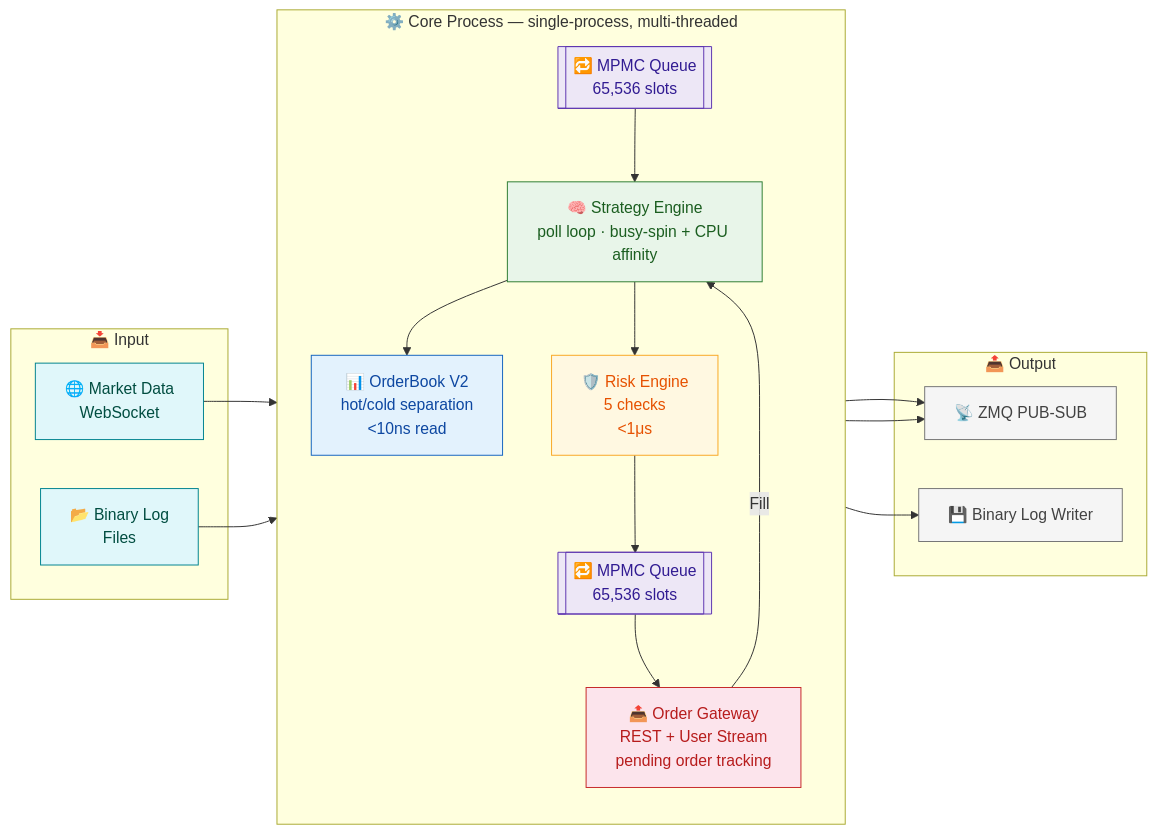
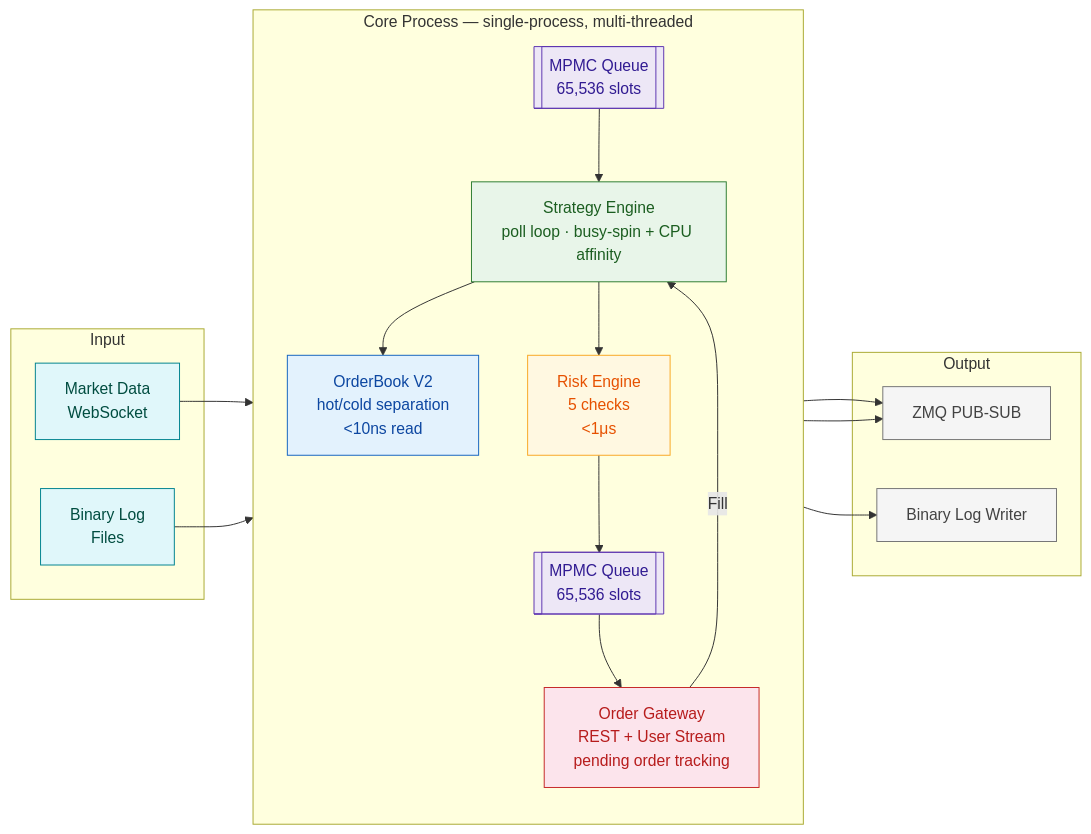
The first of 2 diagrams in README.md (leafxuzm/trading_engine), drawn with Mermaid before and after one commit. The commit also changed other lines of this file, not shown here.

Commit message:
README: remove emoji icons from diagrams, fix Project Family visibility labels

````diff
--- a/README.md
+++ b/README.md
@@ -34,50 +34,50 @@
 ```mermaid
 flowchart LR
     classDef input fill:#e0f7fa,stroke:#00838f,color:#004d40
     classDef queue fill:#ede7f6,stroke:#5e35b1,color:#311b92
     classDef engine fill:#e8f5e9,stroke:#2e7d32,color:#1b5e20
     classDef book fill:#e3f2fd,stroke:#1565c0,color:#0d47a1
     classDef risk fill:#fff8e1,stroke:#f9a825,color:#e65100
     classDef gateway fill:#fce4ec,stroke:#c62828,color:#b71c1c
     classDef output fill:#f5f5f5,stroke:#757575,color:#424242
 
-    subgraph Input["📥 Input"]
-        MD[🌐 Market Data<br/>WebSocket]
-        LOG[📂 Binary Log<br/>Files]
+    subgraph Input["Input"]
+        MD[Market Data<br/>WebSocket]
+        LOG[Binary Log<br/>Files]
     end
 
-    subgraph Core["⚙️ Core Process — single-process, multi-threaded"]
+    subgraph Core["Core Process — single-process, multi-threaded"]
         direction TB
-        Q1[["🔁 MPMC Queue<br/>65,536 slots"]]
-        SE["🧠 Strategy Engine<br/>poll loop · busy-spin + CPU affinity"]
-        OB["📊 OrderBook V2<br/>hot/cold separation<br/>&lt;10ns read"]
-        RE["🛡️ Risk Engine<br/>5 checks<br/>&lt;1μs"]
-        Q2[["🔁 MPMC Queue<br/>65,536 slots"]]
-        OG["📤 Order Gateway<br/>REST + User Stream<br/>pending order tracking"]
+        Q1[["MPMC Queue<br/>65,536 slots"]]
+        SE["Strategy Engine<br/>poll loop · busy-spin + CPU affinity"]
+        OB["OrderBook V2<br/>hot/cold separation<br/>&lt;10ns read"]
+        RE["Risk Engine<br/>5 checks<br/>&lt;1μs"]
+        Q2[["MPMC Queue<br/>65,536 slots"]]
+        OG["Order Gateway<br/>REST + User Stream<br/>pending order tracking"]
     end
 
-    subgraph Output["📤 Output"]
-        ZMQ["📡 ZMQ PUB-SUB"]
-        LOGOUT["💾 Binary Log Writer"]
+    subgraph Output["Output"]
+        ZMQ["ZMQ PUB-SUB"]
+        LOGOUT["Binary Log Writer"]
     end
 
     MD --> Q1
     LOG --> Q1
     Q1 --> SE
     SE --> OB
     SE --> RE
     RE --> Q2
     Q2 --> OG
     OG -->|"Fill"| SE
     OG --> ZMQ
     SE --> ZMQ
     SE --> LOGOUT
 
     class MD,LOG input
     class Q1,Q2 queue
     class SE engine
     class OB book
     class RE risk
     class OG gateway
     class ZMQ,LOGOUT output
 ```
````
